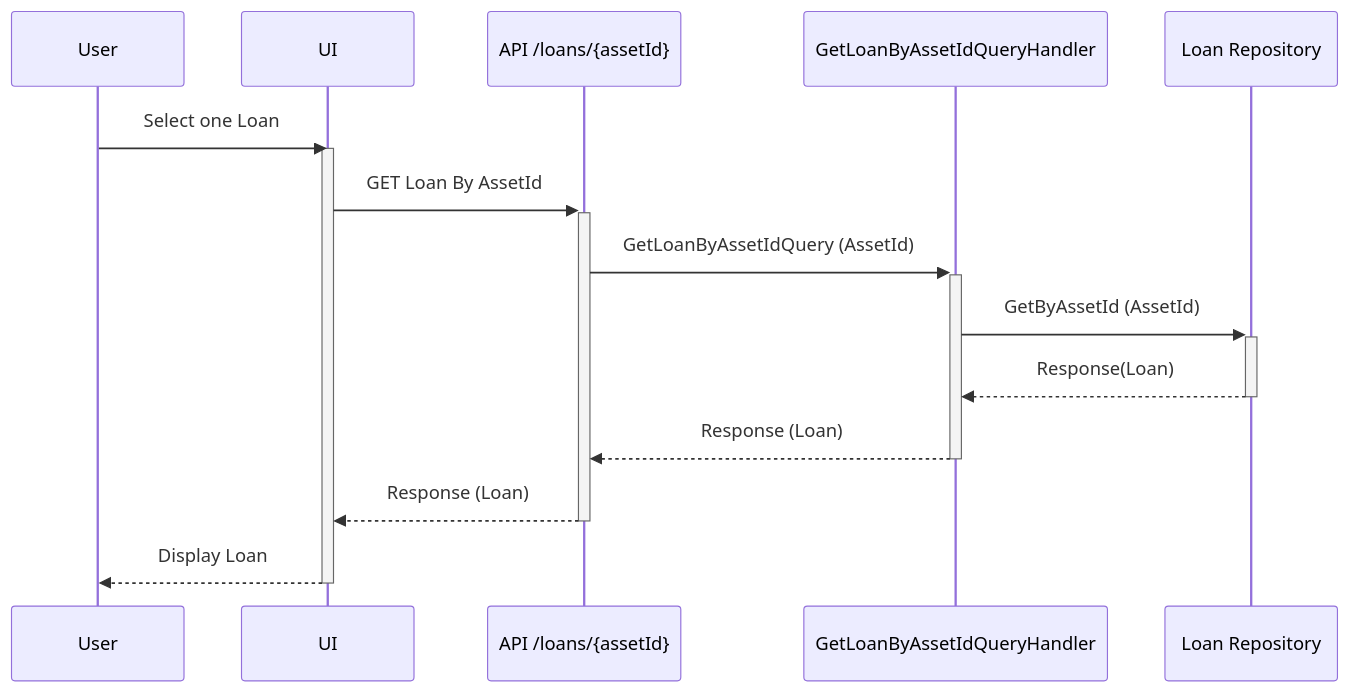
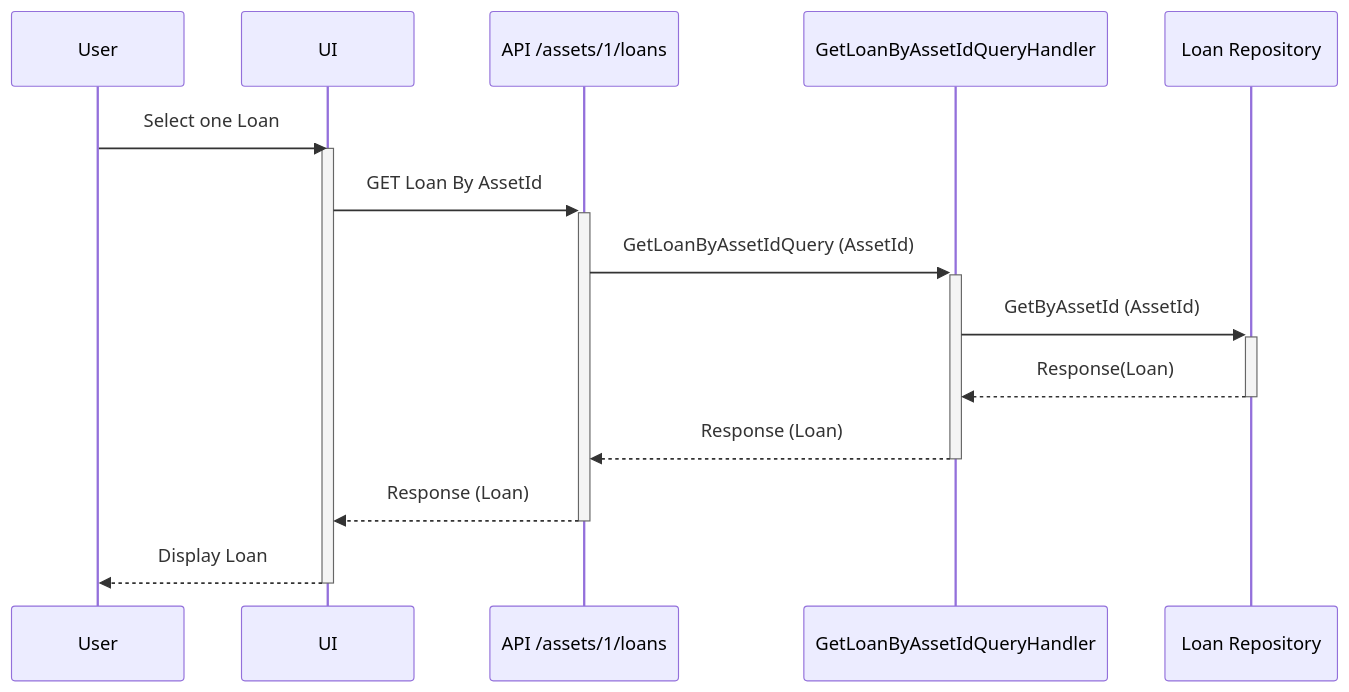
Before and after one commit to livun/bouvet-asset-hub: the third of 6 diagrams in docs/sequence-diagrams/read-loan.md, drawn with Mermaid. The commit also changed other lines of this file and 4 other files, not shown here.

````diff
--- a/docs/sequence-diagrams/read-loan.md
+++ b/docs/sequence-diagrams/read-loan.md
@@ -39,14 +39,14 @@
 ```mermaid
 sequenceDiagram
 User ->> UI : Select one Loan
    Activate UI
-        UI ->>+ API /loans/{assetId}: GET Loan By AssetId
-        API /loans/{assetId} ->>+ GetLoanByAssetIdQueryHandler : GetLoanByAssetIdQuery (AssetId)
+        UI ->>+ API /assets/1/loans: GET Loan By AssetId
+        API /assets/1/loans ->>+ GetLoanByAssetIdQueryHandler : GetLoanByAssetIdQuery (AssetId)
         GetLoanByAssetIdQueryHandler ->>+ Loan Repository : GetByAssetId (AssetId)
         Loan Repository -->>- GetLoanByAssetIdQueryHandler : Response(Loan)
-        GetLoanByAssetIdQueryHandler -->>- API /loans/{assetId} : Response (Loan)
-        API /loans/{assetId} -->>- UI : Response (Loan)
+        GetLoanByAssetIdQueryHandler -->>- API /assets/1/loans : Response (Loan)
+        API /assets/1/loans -->>- UI : Response (Loan)
         UI -->> User: Display Loan
     Deactivate UI
 
 ```
````
